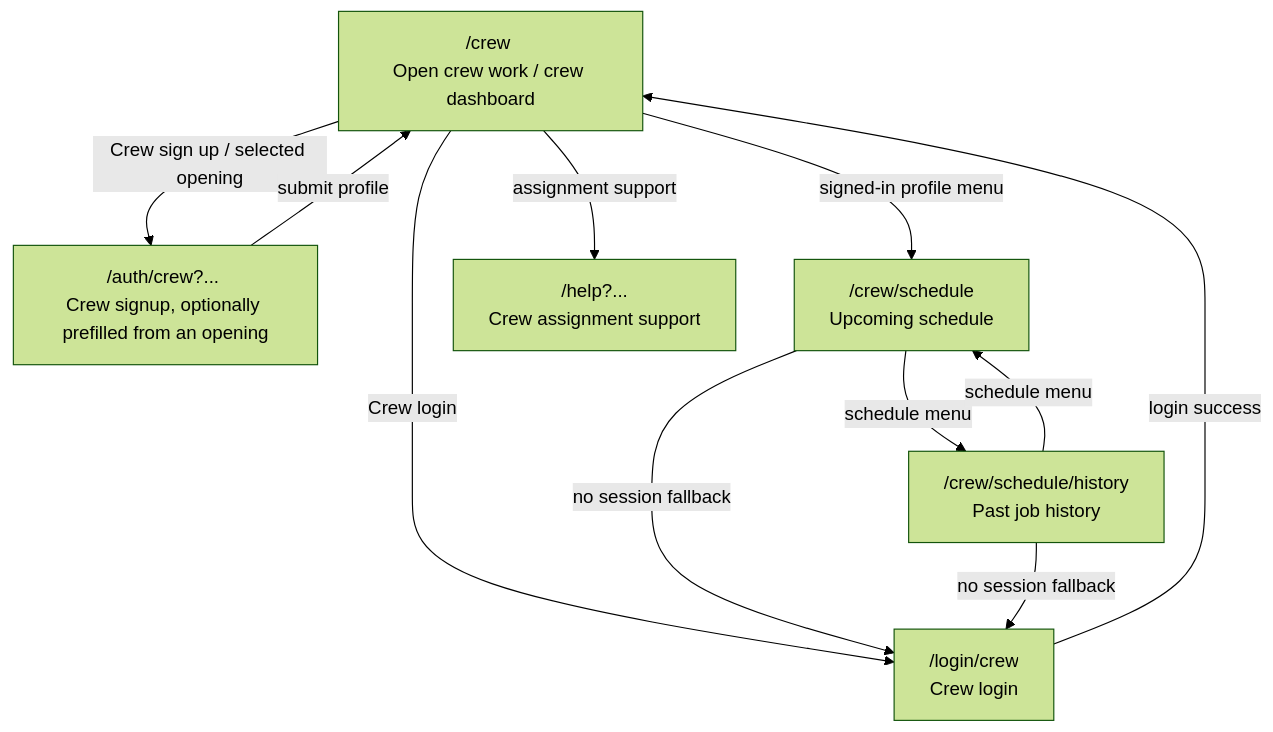
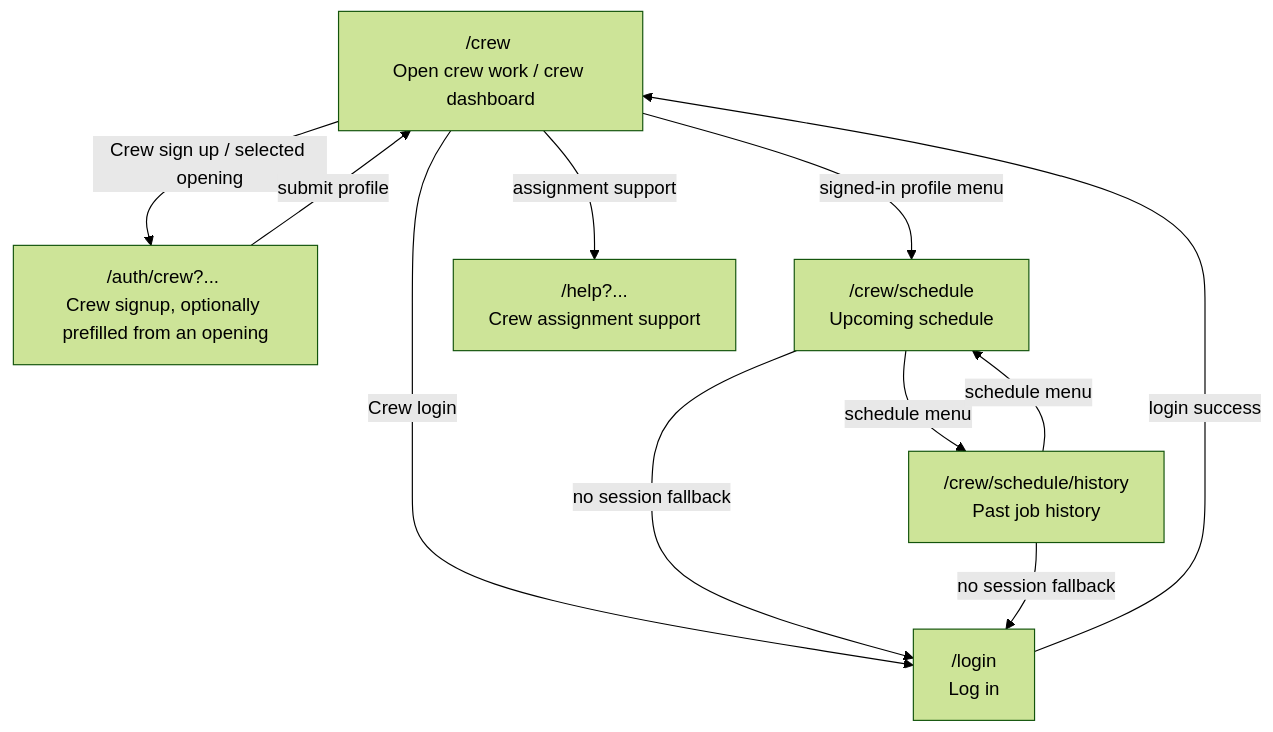
The fifth of 6 diagrams in PAGE_FLOW.md (pkopps/ym), drawn with Mermaid (forest theme) before and after one commit. The commit also changed other lines of this file and 24 other files, not shown here.

````diff
--- a/PAGE_FLOW.md
+++ b/PAGE_FLOW.md
@@ -247,20 +238,20 @@
 ```mermaid
 flowchart TD
   crew["/crew <br/>Open crew work / crew dashboard"]
   authCrew["/auth/crew?... <br/>Crew signup, optionally prefilled from an opening"]
-  loginCrew["/login/crew <br/>Crew login"]
+  login["/login <br/>Log in"]
   schedule["/crew/schedule <br/>Upcoming schedule"]
   history["/crew/schedule/history <br/>Past job history"]
   help["/help?... <br/>Crew assignment support"]
 
-  crew -->|Crew login| loginCrew
+  crew -->|Crew login| login
   crew -->|Crew sign up / selected opening| authCrew
   authCrew -->|submit profile| crew
-  loginCrew -->|login success| crew
+  login -->|login success| crew
   crew -->|signed-in profile menu| schedule
   schedule -->|schedule menu| history
   history -->|schedule menu| schedule
   crew -->|assignment support| help
-  schedule -->|no session fallback| loginCrew
-  history -->|no session fallback| loginCrew
+  schedule -->|no session fallback| login
+  history -->|no session fallback| login
 ```
````
